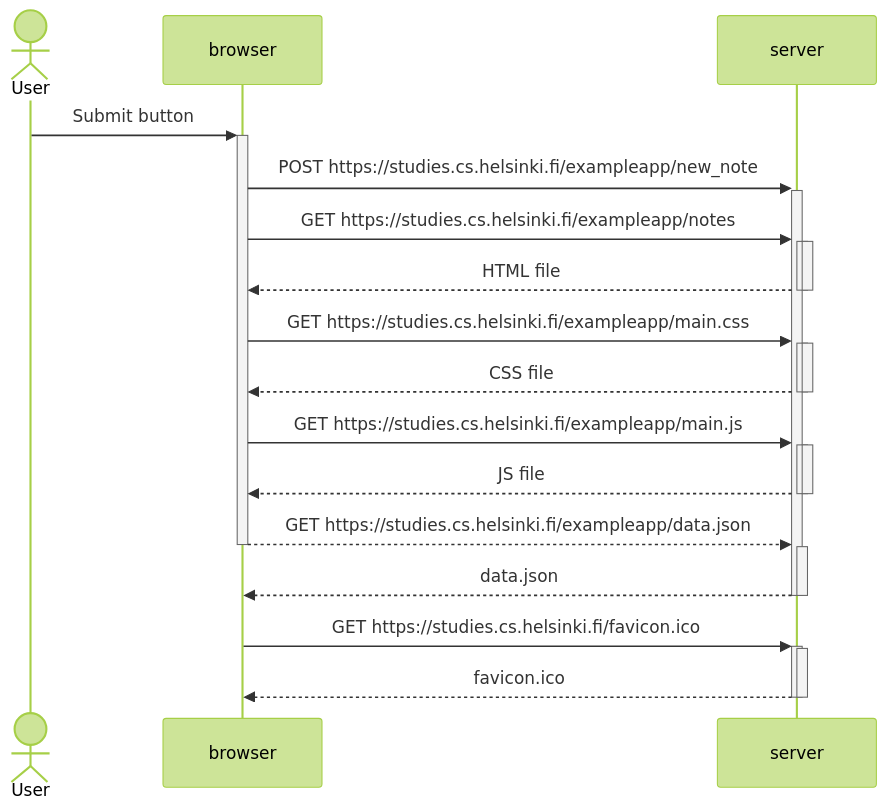
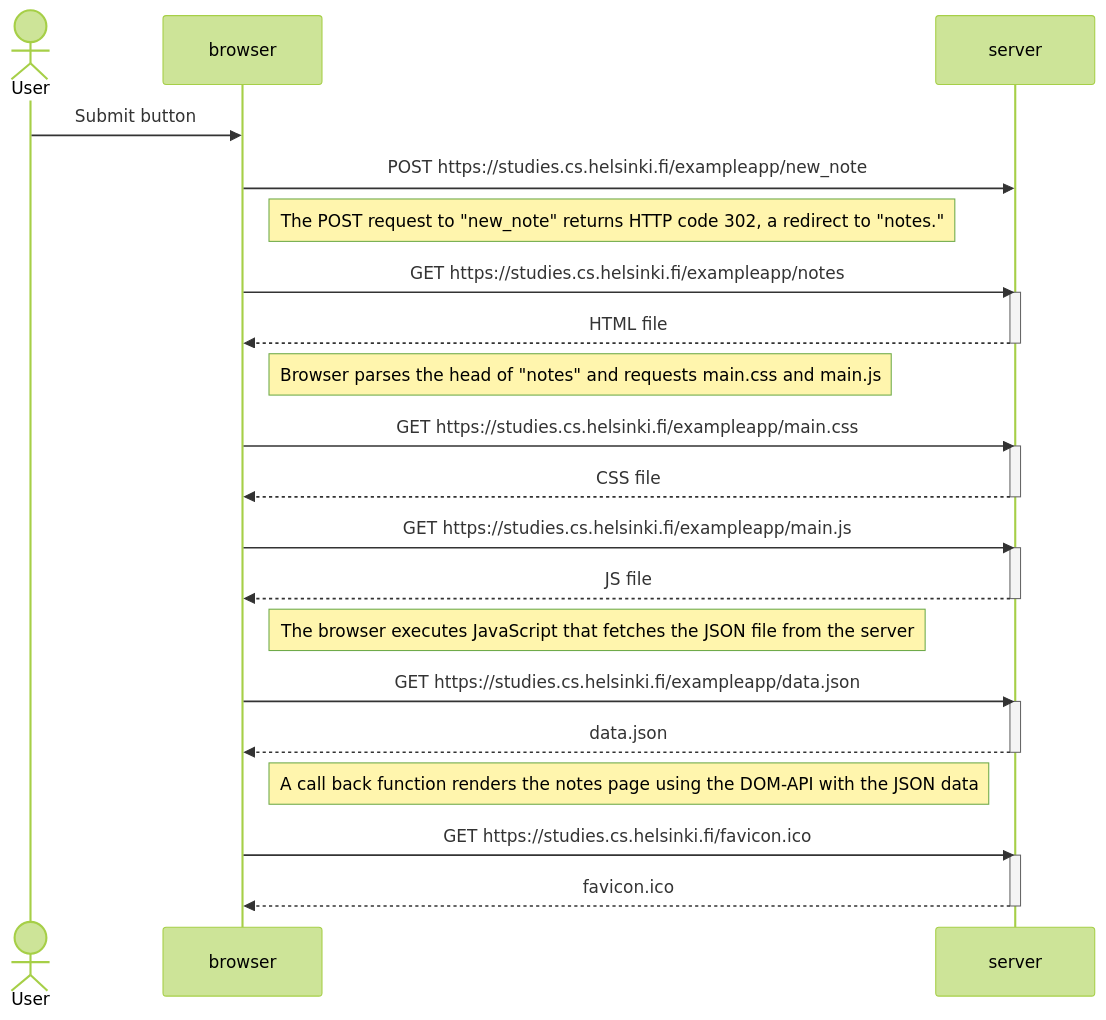
Before and after one commit to aemolinas/fullstack0: the diagram in newnote.md, drawn with Mermaid (forest theme).

Commit message:
Ready for final submission updated newnote.md to remove redundant activation/deactivation code

````diff
--- a/newnote.md
+++ b/newnote.md
@@ -3,35 +3,43 @@
 ```mermaid
 sequenceDiagram
     actor User
     participant browser
     participant server
 
-    User->>+browser: Submit button
+    User->>browser: Submit button
     
-    browser->>+server: POST https://studies.cs.helsinki.fi/exampleapp/new_note
+    browser->>server: POST https://studies.cs.helsinki.fi/exampleapp/new_note
 
-    browser->>+server: GET https://studies.cs.helsinki.fi/exampleapp/notes
+    Note right of browser: The POST request to "new_note" returns HTTP code 302, a redirect to "notes."
+
+    browser->>server: GET https://studies.cs.helsinki.fi/exampleapp/notes
     activate server
-    server-->>-browser: HTML file
+    server-->>browser: HTML file
     deactivate server
     
-    browser->>+server: GET https://studies.cs.helsinki.fi/exampleapp/main.css
+    Note right of browser: Browser parses the head of "notes" and requests main.css and main.js
+
+    browser->>server: GET https://studies.cs.helsinki.fi/exampleapp/main.css
     activate server
-    server-->>-browser: CSS file
+    server-->>browser: CSS file
     deactivate server 
     
-    browser->>+server: GET https://studies.cs.helsinki.fi/exampleapp/main.js
+    browser->>server: GET https://studies.cs.helsinki.fi/exampleapp/main.js
     activate server
-    server-->>-browser: JS file
+    server-->>browser: JS file
     deactivate server
+
+    Note right of browser: The browser executes JavaScript that fetches the JSON file from the server
+
+    browser->>server: GET https://studies.cs.helsinki.fi/exampleapp/data.json
+    activate server
+    server-->>browser: data.json
+    deactivate server
+
+    Note right of browser: A call back function renders the notes page using the DOM-API with the JSON data
     
-    browser-->>-server: GET https://studies.cs.helsinki.fi/exampleapp/data.json
+    browser->>server: GET https://studies.cs.helsinki.fi/favicon.ico
     activate server
-    server-->>-browser: data.json
-    deactivate server
-    
-    browser->>+server: GET https://studies.cs.helsinki.fi/favicon.ico
-    activate server
-    server-->>-browser: favicon.ico
+    server-->>browser: favicon.ico
     deactivate server
 ```
````
